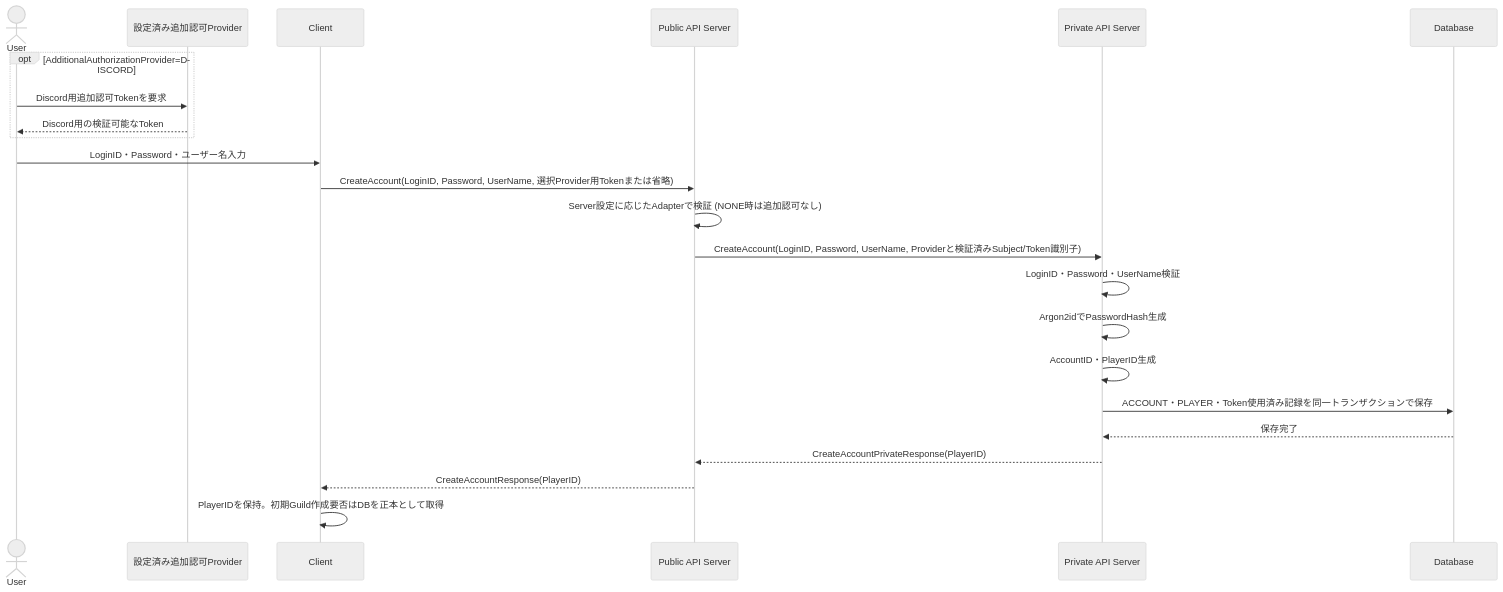
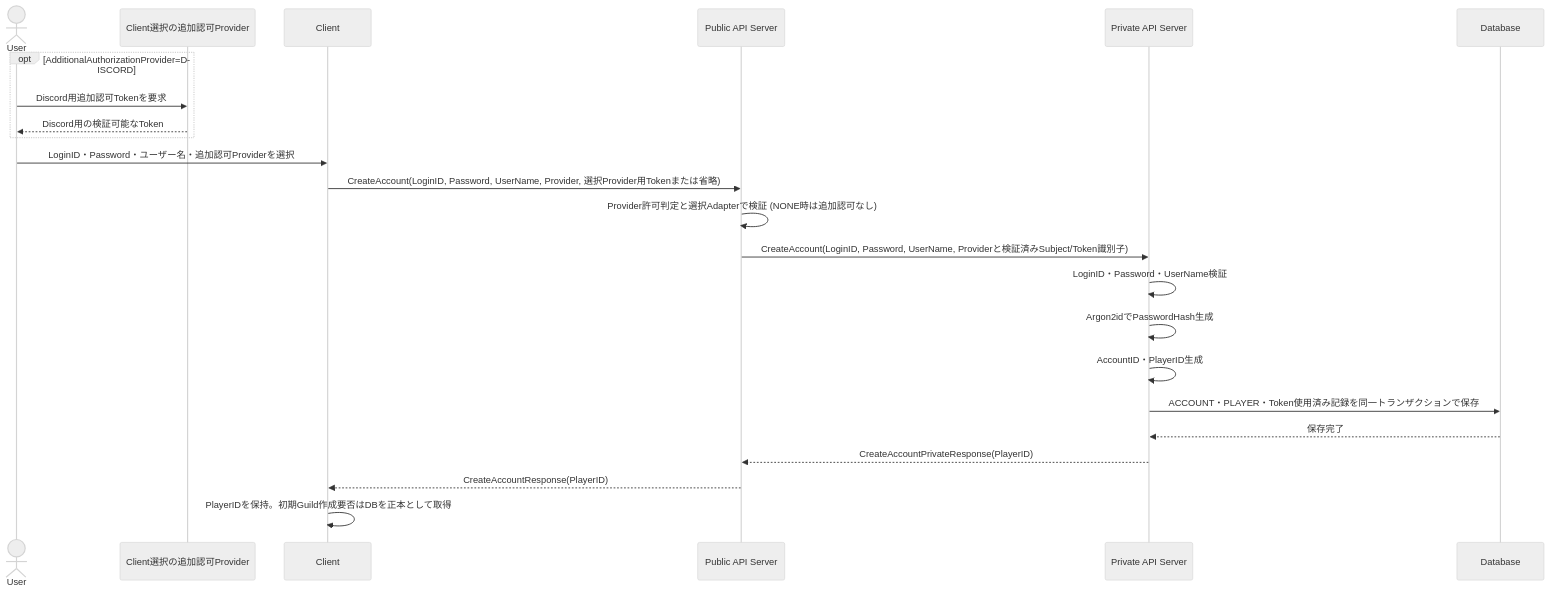
The first of 4 diagrams in design/server/session.md (ReHydrangeaOdyssey/Specifications), drawn with Mermaid (neutral theme) before and after one commit. The commit also changed other lines of this file and 14 other files, not shown here.

````diff
--- a/design/server/session.md
+++ b/design/server/session.md
@@ -151,27 +151,27 @@
 ```mermaid
 sequenceDiagram
     actor User
-    participant AuthProvider as 設定済み追加認可Provider
+    participant AuthProvider as Client選択の追加認可Provider
     participant Client
     participant PublicAPIServer as Public API Server
     participant PrivateAPIServer as Private API Server
     participant Database
 
     opt AdditionalAuthorizationProvider=DISCORD
         User->>AuthProvider: Discord用追加認可Tokenを要求
         AuthProvider-->>User: Discord用の検証可能なToken
     end
 
-    User->>Client: LoginID・Password・ユーザー名入力
-    Client->>PublicAPIServer: CreateAccount(LoginID, Password, UserName, 選択Provider用Tokenまたは省略)
-    PublicAPIServer->>PublicAPIServer: Server設定に応じたAdapterで検証 (NONE時は追加認可なし)
+    User->>Client: LoginID・Password・ユーザー名・追加認可Providerを選択
+    Client->>PublicAPIServer: CreateAccount(LoginID, Password, UserName, Provider, 選択Provider用Tokenまたは省略)
+    PublicAPIServer->>PublicAPIServer: Provider許可判定と選択Adapterで検証 (NONE時は追加認可なし)
     PublicAPIServer->>PrivateAPIServer: CreateAccount(LoginID, Password, UserName, Providerと検証済みSubject/Token識別子)
     PrivateAPIServer->>PrivateAPIServer: LoginID・Password・UserName検証
     PrivateAPIServer->>PrivateAPIServer: Argon2idでPasswordHash生成
     PrivateAPIServer->>PrivateAPIServer: AccountID・PlayerID生成
     PrivateAPIServer->>Database: ACCOUNT・PLAYER・Token使用済み記録を同一トランザクションで保存
     Database-->>PrivateAPIServer: 保存完了
     PrivateAPIServer-->>PublicAPIServer: CreateAccountPrivateResponse(PlayerID)
     PublicAPIServer-->>Client: CreateAccountResponse(PlayerID)
     Client->>Client: PlayerIDを保持。初期Guild作成要否はDBを正本として取得
 ```
````
